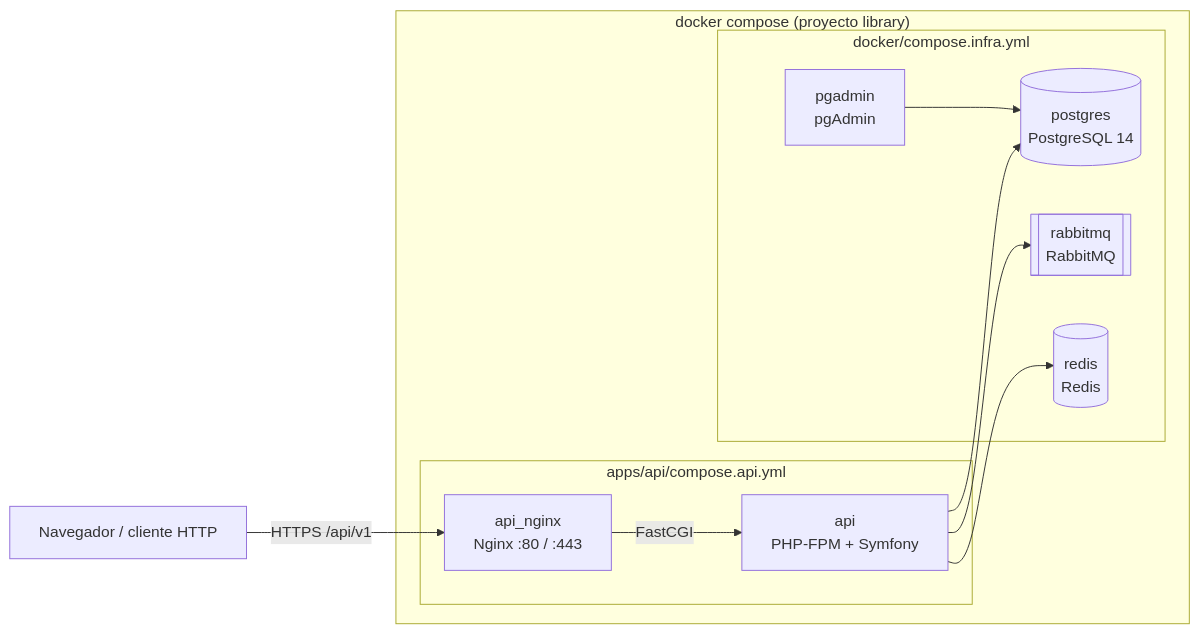
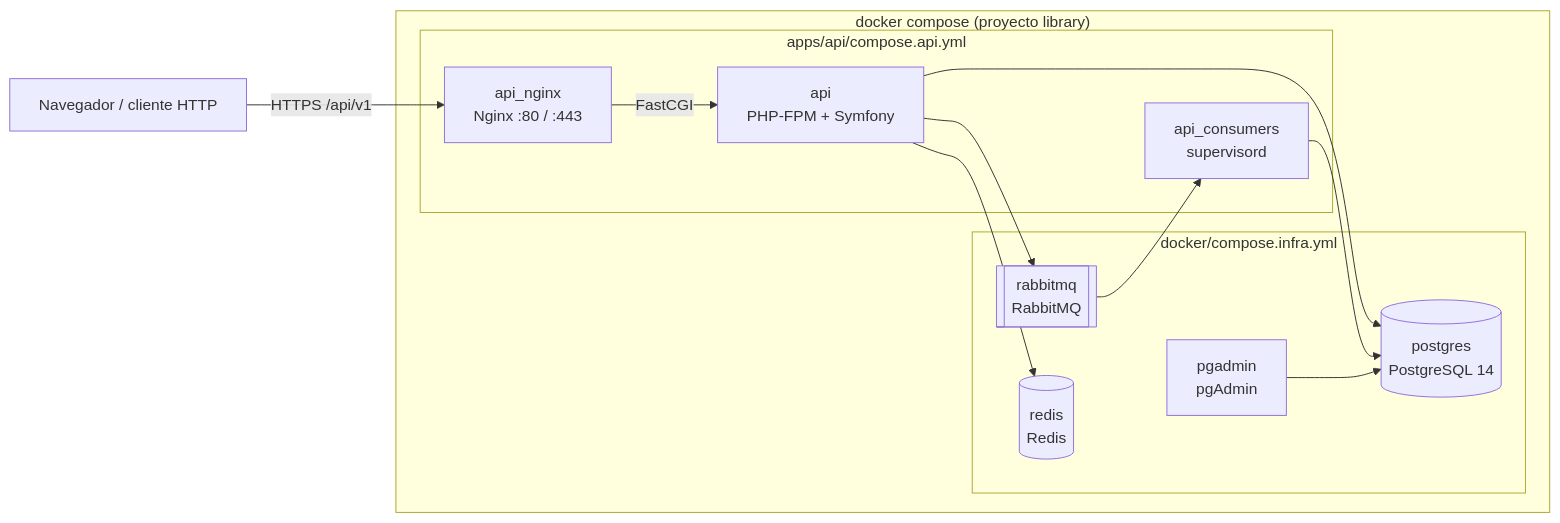
The diagram in README.md (colybri/library), drawn with Mermaid before and after one commit. The commit also changed other lines of this file and 10 other files, not shown here.

First line of the commit message:
Run the RabbitMQ consumers in their own api_consumers container

````diff
--- a/README.md
+++ b/README.md
@@ -12,24 +12,27 @@
 ```mermaid
 flowchart LR
     client["Navegador / cliente HTTP"]
 
     subgraph compose["docker compose (proyecto library)"]
         subgraph api["apps/api/compose.api.yml"]
             nginx["api_nginx<br/>Nginx :80 / :443"]
             php["api<br/>PHP-FPM + Symfony"]
+            consumers["api_consumers<br/>supervisord"]
         end
         subgraph infra["docker/compose.infra.yml"]
             postgres[("postgres<br/>PostgreSQL 14")]
             rabbit[["rabbitmq<br/>RabbitMQ"]]
             redis[("redis<br/>Redis")]
             pgadmin["pgadmin<br/>pgAdmin"]
         end
     end
 
     client -->|"HTTPS /api/v1"| nginx
     nginx -->|"FastCGI"| php
     php --> postgres
     php --> rabbit
     php --> redis
+    rabbit --> consumers
+    consumers --> postgres
     pgadmin --> postgres
 ```
````
